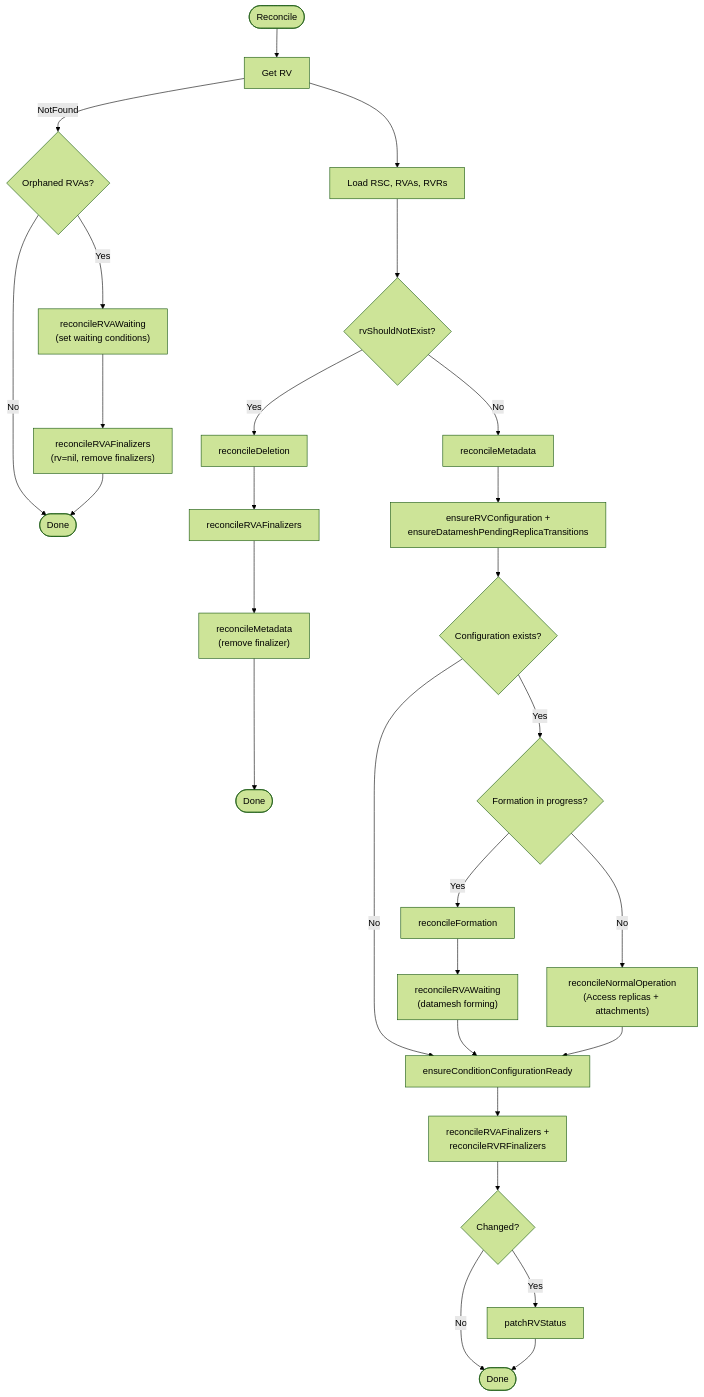
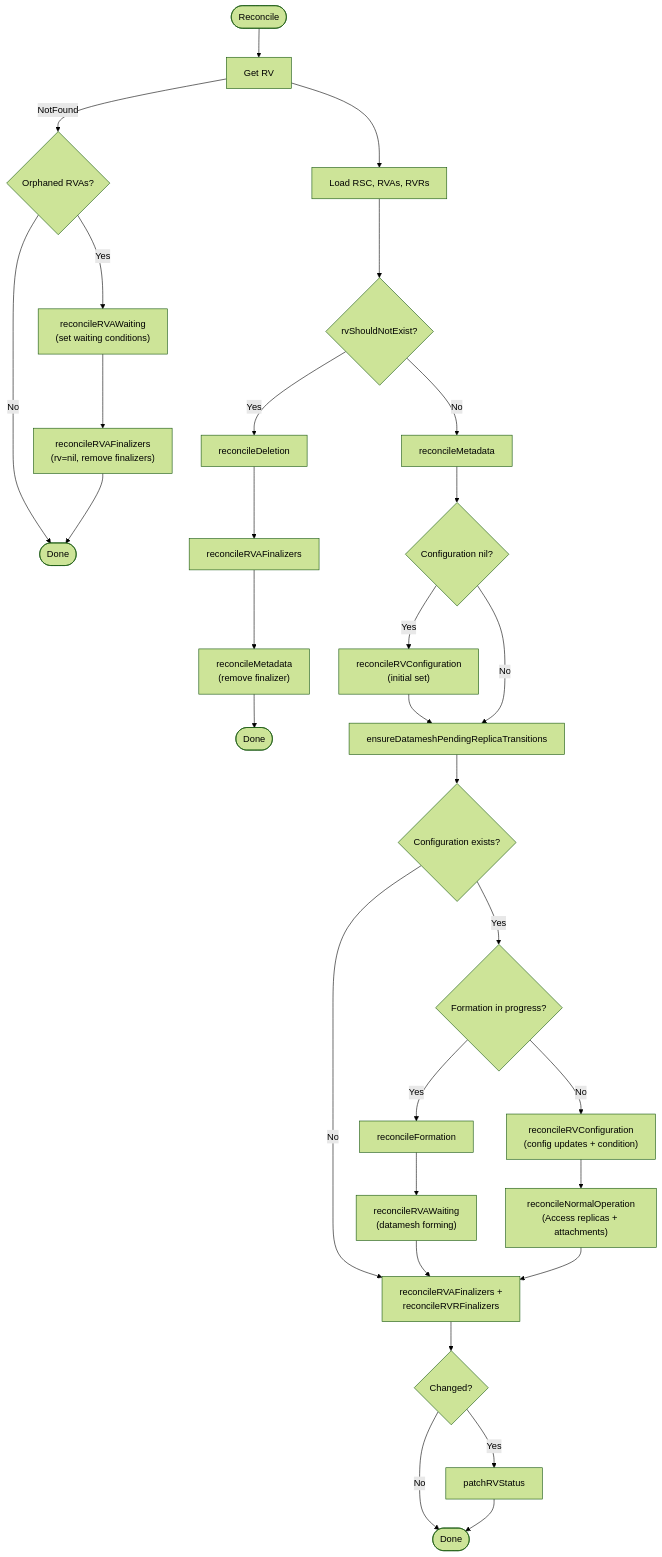
Before and after one commit to deckhouse/sds-replicated-volume: the first of 13 diagrams in images/controller/internal/controllers/rv_controller/README.md, drawn with Mermaid (forest theme). The commit also changed other lines of this file and 29 other files, not shown here.

````diff
--- a/images/controller/internal/controllers/rv_controller/README.md
+++ b/images/controller/internal/controllers/rv_controller/README.md
@@ -143,35 +144,39 @@
 ```mermaid
 flowchart TD
     Start([Reconcile]) --> GetRV[Get RV]
     GetRV -->|NotFound| CheckOrphanedRVAs{Orphaned RVAs?}
     CheckOrphanedRVAs -->|No| Done1([Done])
     CheckOrphanedRVAs -->|Yes| OrphanedWaiting["reconcileRVAWaiting<br/>(set waiting conditions)"]
     OrphanedWaiting --> OrphanedFinalizers["reconcileRVAFinalizers<br/>(rv=nil, remove finalizers)"]
     OrphanedFinalizers --> Done1
     GetRV --> LoadDeps[Load RSC, RVAs, RVRs]
 
     LoadDeps --> CheckDelete{rvShouldNotExist?}
     CheckDelete -->|Yes| Deletion[reconcileDeletion]
     Deletion --> RVAFinDel[reconcileRVAFinalizers]
     RVAFinDel --> MetaDel["reconcileMetadata<br/>(remove finalizer)"]
     MetaDel --> Done3([Done])
 
     CheckDelete -->|No| Meta[reconcileMetadata]
-    Meta --> EnsureConfig["ensureRVConfiguration +<br/>ensureDatameshPendingReplicaTransitions"]
-    EnsureConfig --> CheckConfig{Configuration exists?}
-    CheckConfig -->|No| Conditions
+    Meta --> CheckConfigNil{Configuration nil?}
+    CheckConfigNil -->|Yes| InitConfig["reconcileRVConfiguration<br/>(initial set)"]
+    InitConfig --> EnsurePending
+    CheckConfigNil -->|No| EnsurePending
+    EnsurePending["ensureDatameshPendingReplicaTransitions"]
+    EnsurePending --> CheckConfig{Configuration exists?}
+    CheckConfig -->|No| Finalizers
 
     CheckConfig -->|Yes| CheckForming{Formation in progress?}
     CheckForming -->|Yes| Formation[reconcileFormation]
     Formation --> FormingRVAWaiting["reconcileRVAWaiting<br/>(datamesh forming)"]
-    FormingRVAWaiting --> Conditions
-    CheckForming -->|No| NormalOp["reconcileNormalOperation<br/>(Access replicas + attachments)"]
-    NormalOp --> Conditions
+    FormingRVAWaiting --> Finalizers
+    CheckForming -->|No| UpdateConfig["reconcileRVConfiguration<br/>(config updates + condition)"]
+    UpdateConfig --> NormalOp["reconcileNormalOperation<br/>(Access replicas + attachments)"]
+    NormalOp --> Finalizers
 
-    Conditions[ensureConditionConfigurationReady]
-    Conditions --> Finalizers["reconcileRVAFinalizers +<br/>reconcileRVRFinalizers"]
+    Finalizers["reconcileRVAFinalizers +<br/>reconcileRVRFinalizers"]
     Finalizers --> PatchDecision{Changed?}
     PatchDecision -->|Yes| Patch[patchRVStatus]
     PatchDecision -->|No| EndNode([Done])
     Patch --> EndNode
 ```
````
